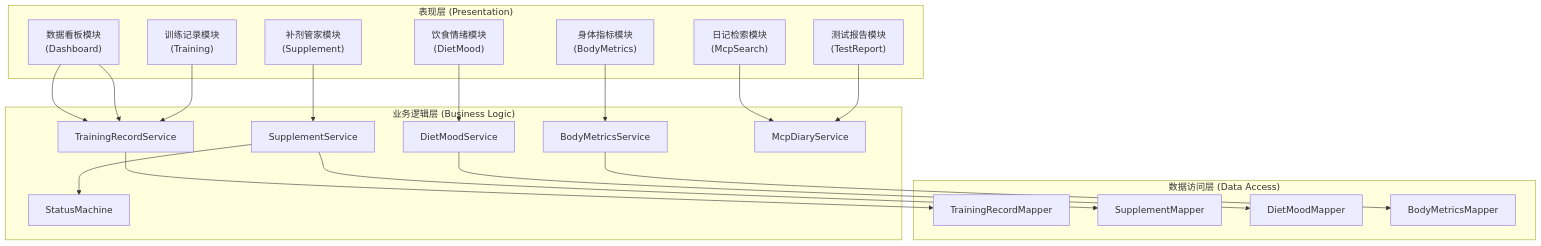
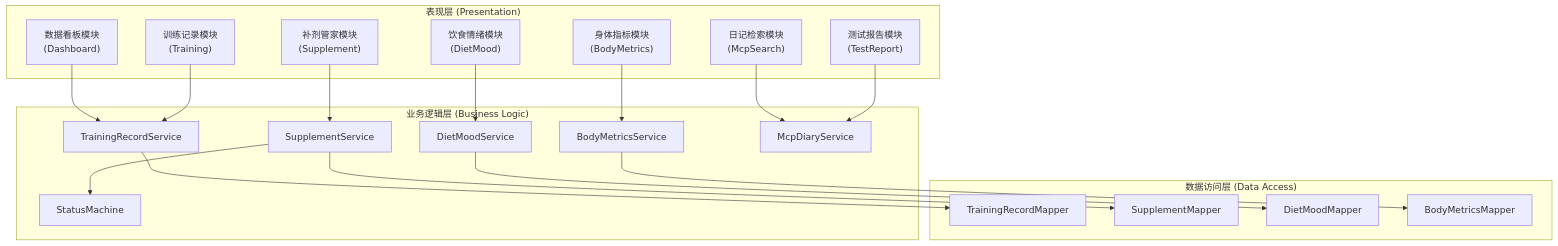
One commit to stephen14120123/IronSync-3D changed the second of 8 diagrams in IronSync-3D-体系结构报告.md. Above: the diagram before and after it, drawn with Mermaid. The commit also changed other lines of this file and 1 other file, not shown here.

````diff
--- a/IronSync-3D-体系结构报告.md
+++ b/IronSync-3D-体系结构报告.md
@@ -131,43 +203,42 @@
 ```mermaid
 graph TD
     subgraph "表现层 (Presentation)"
         DASH["数据看板模块<br/>(Dashboard)"]
         TRAIN["训练记录模块<br/>(Training)"]
         SUPP["补剂管家模块<br/>(Supplement)"]
         DIET["饮食情绪模块<br/>(DietMood)"]
         BODY["身体指标模块<br/>(BodyMetrics)"]
         MCP_UI["日记检索模块<br/>(McpSearch)"]
         TEST["测试报告模块<br/>(TestReport)"]
     end
 
     subgraph "业务逻辑层 (Business Logic)"
         TRAIN_SVC["TrainingRecordService"]
         SUPP_SVC["SupplementService"]
         DIET_SVC["DietMoodService"]
         BODY_SVC["BodyMetricsService"]
         MCP_SVC["McpDiaryService"]
         STATUS_MACHINE["StatusMachine"]
     end
 
     subgraph "数据访问层 (Data Access)"
         TRAIN_MAP["TrainingRecordMapper"]
         SUPP_MAP["SupplementMapper"]
         DIET_MAP["DietMoodMapper"]
         BODY_MAP["BodyMetricsMapper"]
     end
 
     DASH --> TRAIN_SVC
-    DASH --> TRAIN_SVC
     TRAIN --> TRAIN_SVC
     SUPP --> SUPP_SVC
     DIET --> DIET_SVC
     BODY --> BODY_SVC
     MCP_UI --> MCP_SVC
     TEST --> MCP_SVC
 
     SUPP_SVC --> STATUS_MACHINE
     TRAIN_SVC --> TRAIN_MAP
     SUPP_SVC --> SUPP_MAP
     DIET_SVC --> DIET_MAP
     BODY_SVC --> BODY_MAP
 ```
````
